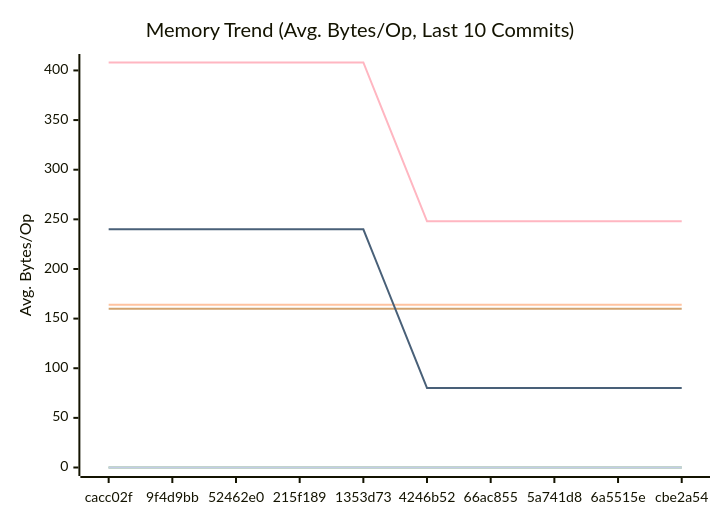
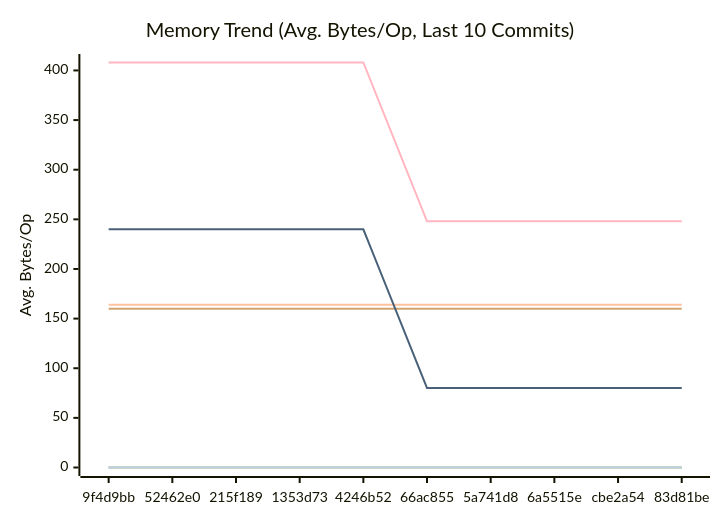
The second of 3 diagrams in docs/PERFORMANCE.md (alsotoes/momo), drawn with Mermaid before and after one commit. The commit also changed other lines of this file and 3 other files, not shown here.

````diff
--- a/docs/PERFORMANCE.md
+++ b/docs/PERFORMANCE.md
@@ -97,16 +97,16 @@
 ```mermaid
 xychart-beta
     title "Memory Trend (Avg. Bytes/Op, Last 10 Commits)"
     x-axis "Commit"
     y-axis "Avg. Bytes/Op"
-    x-axis [cacc02f,9f4d9bb,52462e0,215f189,1353d73,4246b52,66ac855,5a741d8,6a5515e,cbe2a54]
+    x-axis [9f4d9bb,52462e0,215f189,1353d73,4246b52,66ac855,5a741d8,6a5515e,cbe2a54,83d81be]
     line "CheckMetricsAndSwap" [0,0,0,0,0,0,0,0,0,0]
     line "CrushOptimized" [0,0,0,0,0,0,0,0,0,0]
     line "CrushOriginal" [164,164,164,164,164,164,164,164,164,164]
     line "IndexDirectTracking" [0,0,0,0,0,0,0,0,0,0]
     line "IndexSearch" [0,0,0,0,0,0,0,0,0,0]
     line "LoadGlobalConfig" [160,160,160,160,160,160,160,160,160,160]
     line "PadString" [0,0,0,0,0,0,0,0,0,0]
     line "ParseReplicationOrder_NoPrealloc" [408,408,408,408,408,248,248,248,248,248]
     line "ParseReplicationOrder_Prealloc" [240,240,240,240,240,80,80,80,80,80]
 ```
````
